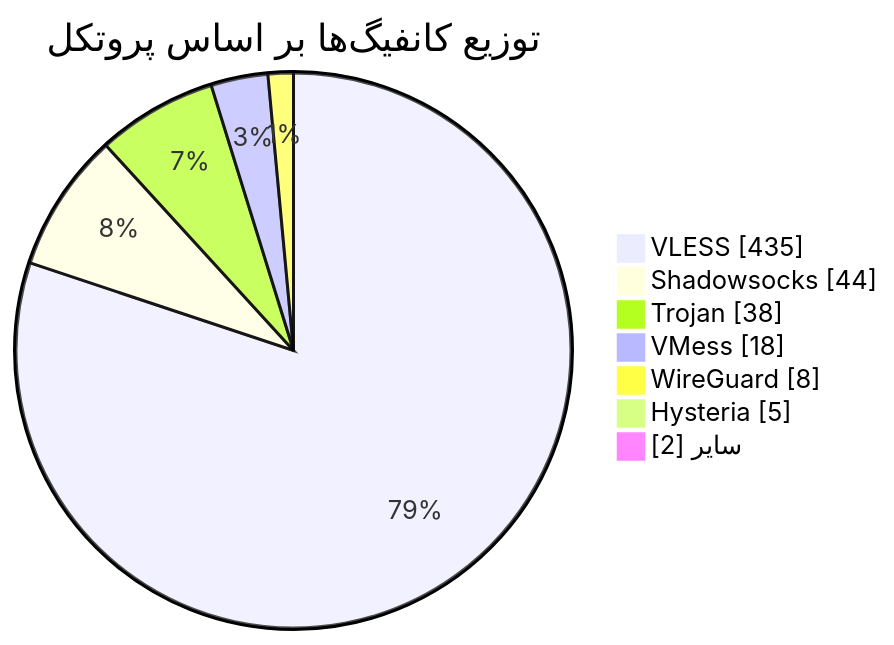
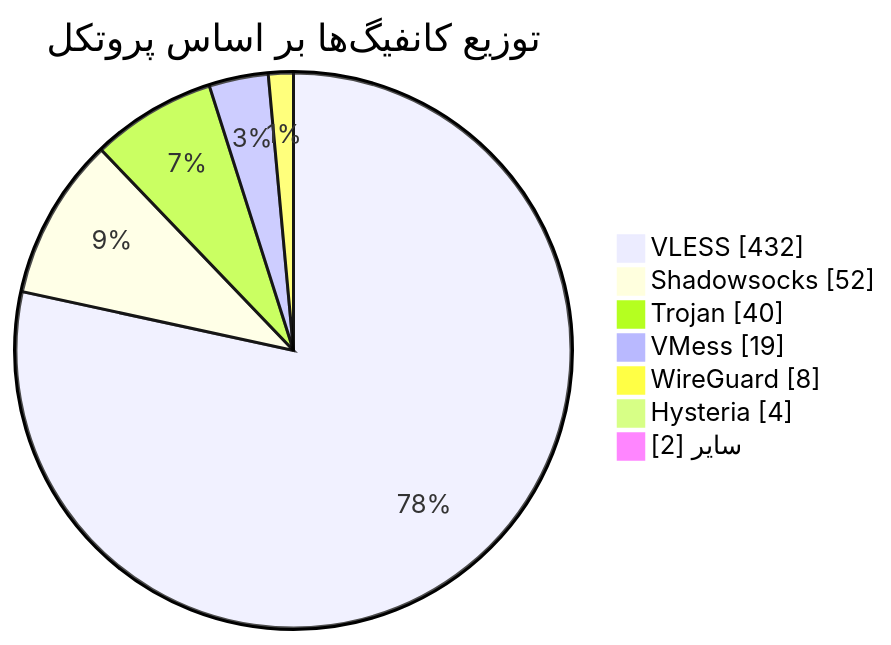
The diagram in README.md (Arian-Alijani/Somthing), drawn with Mermaid before and after one commit. The commit also changed other lines of this file and 73 other files, not shown here.

````diff
--- a/README.md
+++ b/README.md
@@ -49,11 +49,11 @@
 ```mermaid
 pie showData
     title توزیع کانفیگ‌ها بر اساس پروتکل
-    "VLESS" : 435
-    "Shadowsocks" : 44
-    "Trojan" : 38
-    "VMess" : 18
+    "VLESS" : 432
+    "Shadowsocks" : 52
+    "Trojan" : 40
+    "VMess" : 19
     "WireGuard" : 8
-    "Hysteria" : 5
+    "Hysteria" : 4
     "سایر" : 2
 ```
````
